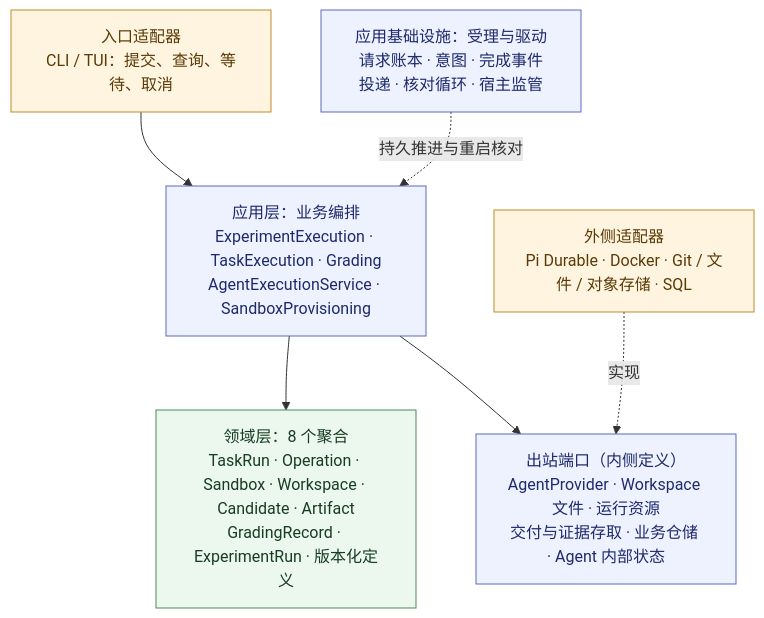
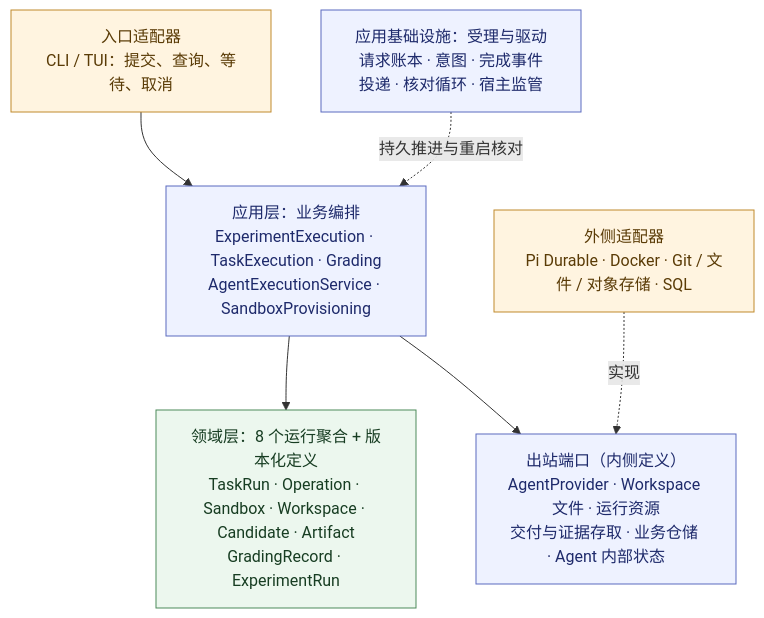
The diagram in docs/assets/model-layers.mmd (MaybeLL/Ground), drawn with Mermaid before and after one commit. The commit also changed 11 other files, not shown here.

```diff
--- a/docs/assets/model-layers.mmd
+++ b/docs/assets/model-layers.mmd
@@ -1,12 +1,12 @@
 flowchart TB
   IN["入口适配器<br/>CLI / TUI：提交、查询、等待、取消"] --> APP["应用层：业务编排<br/>ExperimentExecution · TaskExecution · Grading<br/>AgentExecutionService · SandboxProvisioning"]
-  APP --> DOM["领域层：8 个聚合<br/>TaskRun · Operation · Sandbox · Workspace · Candidate · Artifact<br/>GradingRecord · ExperimentRun · 版本化定义"]
+  APP --> DOM["领域层：8 个运行聚合 + 版本化定义<br/>TaskRun · Operation · Sandbox · Workspace · Candidate · Artifact<br/>GradingRecord · ExperimentRun"]
   APP --> PORT["出站端口（内侧定义）<br/>AgentProvider · Workspace 文件 · 运行资源<br/>交付与证据存取 · 业务仓储 · Agent 内部状态"]
   ADP["外侧适配器<br/>Pi Durable · Docker · Git / 文件 / 对象存储 · SQL"] -.->|实现| PORT
   DRV["应用基础设施：受理与驱动<br/>请求账本 · 意图 · 完成事件投递 · 核对循环 · 宿主监管"] -.->|持久推进与重启核对| APP
   classDef a fill:#eef2ff,stroke:#5b6abf,color:#1e2a6b;
   classDef d fill:#ecf7ee,stroke:#4c8a5a,color:#173d22;
   classDef o fill:#fff4e0,stroke:#c08a2d,color:#5a3b06;
   class IN,ADP o;
   class APP,DRV,PORT a;
   class DOM d;
```
